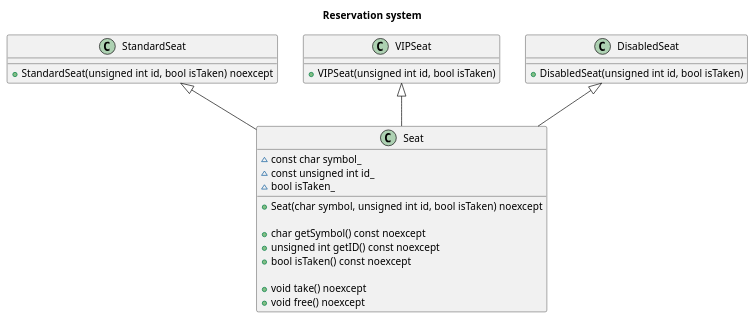
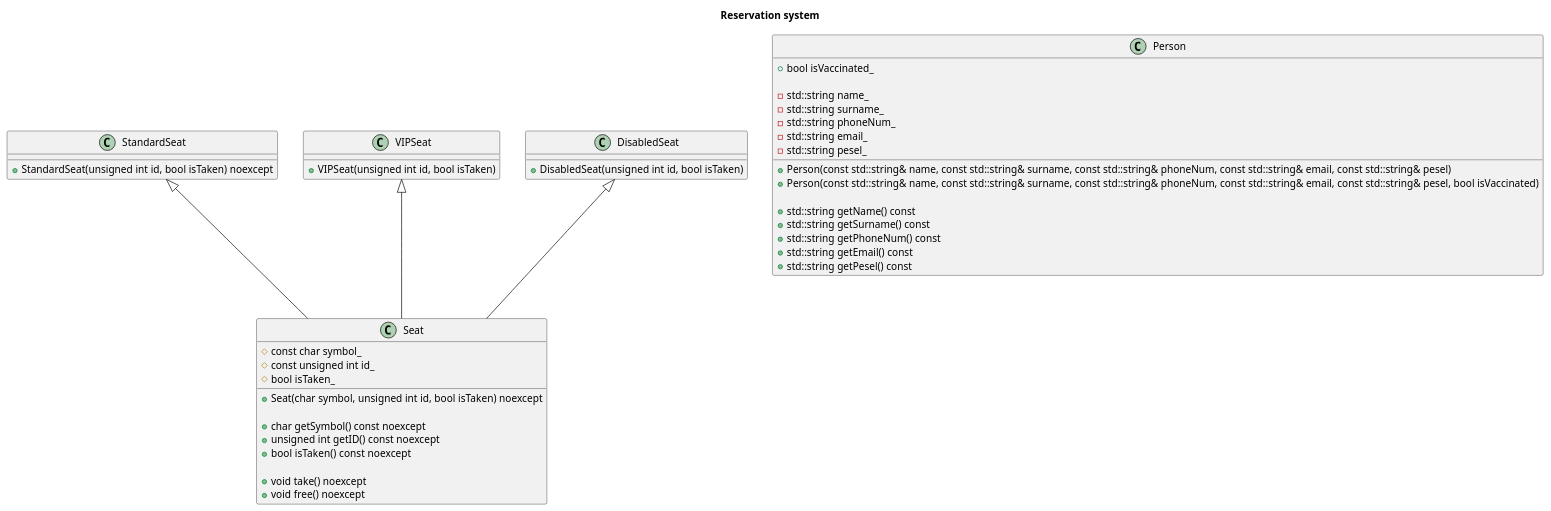
One commit to anraf1001/reservation-system changed the diagram in reservation-system.plantuml. Above: the diagram before and after it, drawn with PlantUML. The commit also changed 1 other file, not shown here.

Commit message:
Update UML

```diff
--- a/reservation-system.plantuml
+++ b/reservation-system.plantuml
@@ -1,39 +1,57 @@
 @startuml Reservation system
 
 title
 Reservation system
 end title
 
 class Seat {
     +Seat(char symbol, unsigned int id, bool isTaken) noexcept
 
     +char getSymbol() const noexcept
     +unsigned int getID() const noexcept
     +bool isTaken() const noexcept
 
     +void take() noexcept
     +void free() noexcept
 
-    ~const char symbol_
-    ~const unsigned int id_
-    ~bool isTaken_
+    #const char symbol_
+    #const unsigned int id_
+    #bool isTaken_
 }
-
 
 class StandardSeat {
     +StandardSeat(unsigned int id, bool isTaken) noexcept
 }
 
 class VIPSeat {
     +VIPSeat(unsigned int id, bool isTaken)
 }
 
 class DisabledSeat {
     +DisabledSeat(unsigned int id, bool isTaken)
 }
 
+class Person {
+    +Person(const std::string& name, const std::string& surname, const std::string& phoneNum, const std::string& email, const std::string& pesel)
+    +Person(const std::string& name, const std::string& surname, const std::string& phoneNum, const std::string& email, const std::string& pesel, bool isVaccinated)
+
+    +std::string getName() const
+    +std::string getSurname() const
+    +std::string getPhoneNum() const
+    +std::string getEmail() const
+    +std::string getPesel() const
+
+    +bool isVaccinated_
+
+    -std::string name_
+    -std::string surname_
+    -std::string phoneNum_
+    -std::string email_
+    -std::string pesel_
+}
+
 StandardSeat <|-- Seat
 VIPSeat <|-- Seat
 DisabledSeat <|-- Seat
 
 @enduml
```
